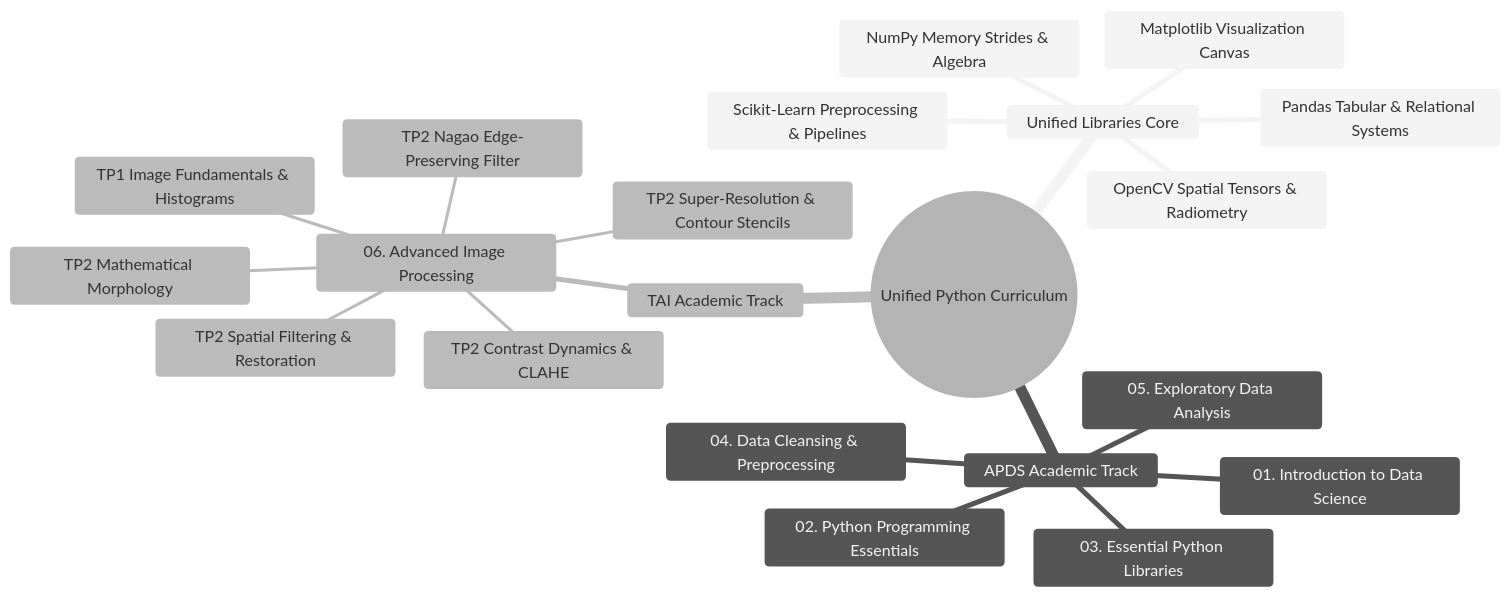
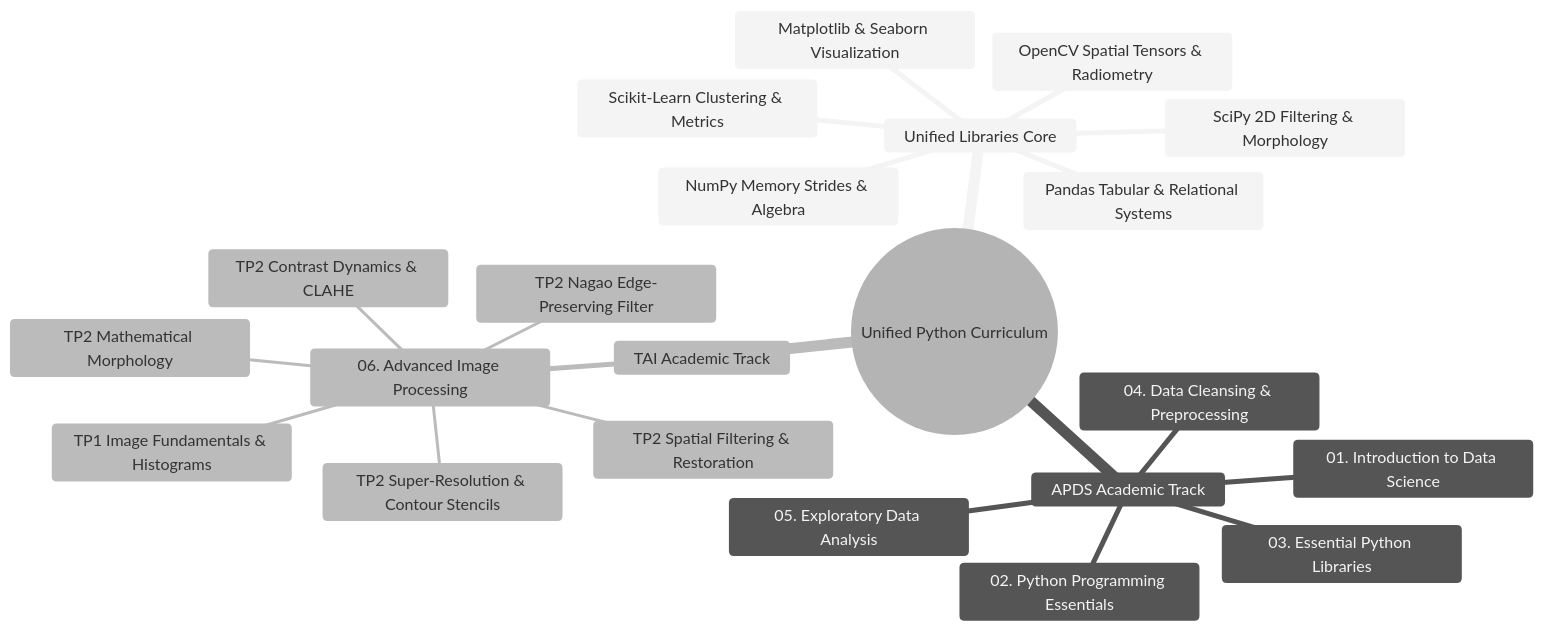
Before and after one commit to Vtheonly/UMBB-Advanced-Image-Processing-and-Python-Data-Sceince-: the first of 2 diagrams in 00. Master Curriculum Roadmap.md, drawn with Mermaid (neutral theme). The commit also changed other lines of this file and 119 other files, not shown here.

````diff
--- a/00. Master Curriculum Roadmap.md
+++ b/00. Master Curriculum Roadmap.md
@@ -7,24 +6,25 @@
 ```mermaid
 mindmap
   root((Unified Python Curriculum))
     Unified Libraries Core
       NumPy Memory Strides & Algebra
-      Matplotlib Visualization Canvas
+      Matplotlib & Seaborn Visualization
       Pandas Tabular & Relational Systems
       OpenCV Spatial Tensors & Radiometry
-      Scikit-Learn Preprocessing & Pipelines
+      SciPy 2D Filtering & Morphology
+      Scikit-Learn Clustering & Metrics
     APDS Academic Track
       01. Introduction to Data Science
       02. Python Programming Essentials
       03. Essential Python Libraries
       04. Data Cleansing & Preprocessing
       05. Exploratory Data Analysis
     TAI Academic Track
       06. Advanced Image Processing
         TP1 Image Fundamentals & Histograms
         TP2 Spatial Filtering & Restoration
         TP2 Nagao Edge-Preserving Filter
         TP2 Mathematical Morphology
         TP2 Contrast Dynamics & CLAHE
         TP2 Super-Resolution & Contour Stencils
 ```
````
